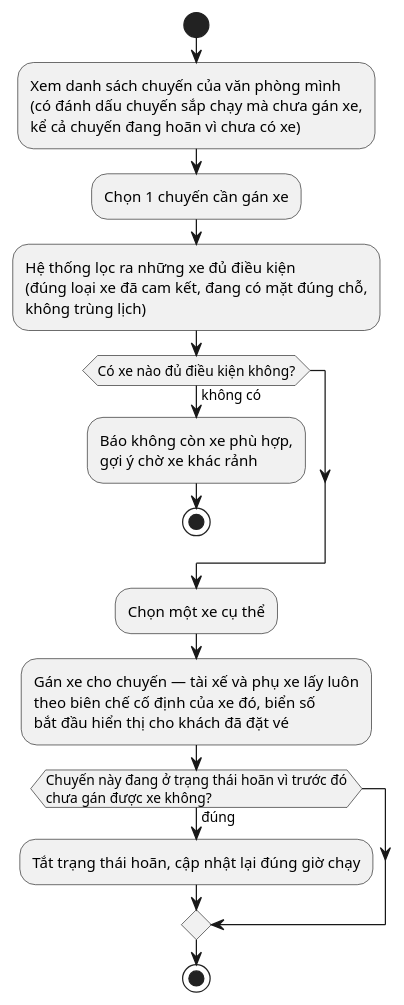
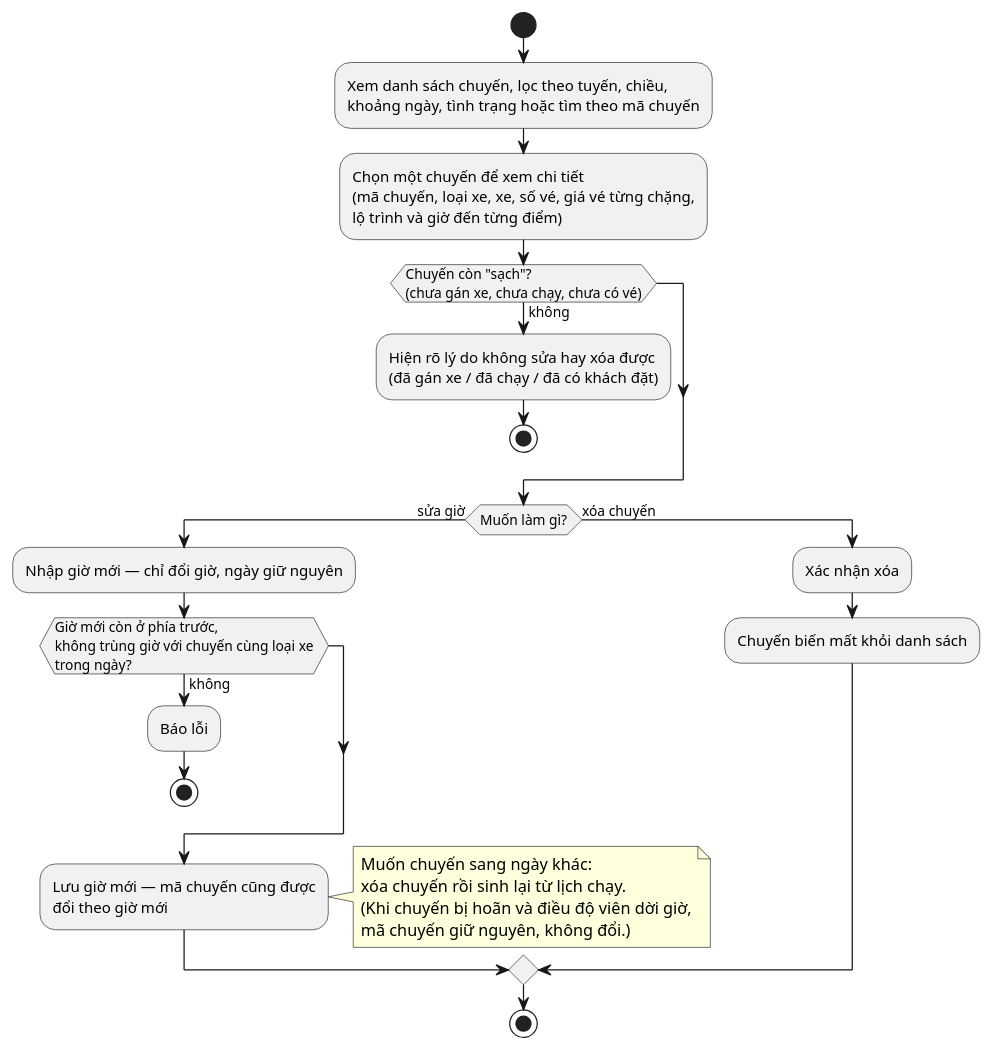
Before and after one commit to nguyenvietanhit19/Project1_HeThongQuanLyNhaXeKhachLienTinh: diagram 23 of 53 in UML_DIAGRAMS.md, drawn with PlantUML. The commit also changed other lines of this file and 316 other files, not shown here.

````diff
--- a/UML_DIAGRAMS.md
+++ b/UML_DIAGRAMS.md
@@ -660,18 +728,29 @@
 ```plantuml
-@startuml AD_UC44_GanXe
+@startuml AD_UC48_QuanLyChuyen
 start
-:Xem danh sách chuyến của văn phòng mình\n(có đánh dấu chuyến sắp chạy mà chưa gán xe,\nkể cả chuyến đang hoãn vì chưa có xe);
-:Chọn 1 chuyến cần gán xe;
-:Hệ thống lọc ra những xe đủ điều kiện\n(đúng loại xe đã cam kết, đang có mặt đúng chỗ,\nkhông trùng lịch);
-if (Có xe nào đủ điều kiện không?) then (không có)
-  :Báo không còn xe phù hợp,\ngợi ý chờ xe khác rảnh;
+:Xem danh sách chuyến, lọc theo tuyến, chiều,\nkhoảng ngày, tình trạng hoặc tìm theo mã chuyến;
+:Chọn một chuyến để xem chi tiết\n(mã chuyến, loại xe, xe, số vé, giá vé từng chặng,\nlộ trình và giờ đến từng điểm);
+if (Chuyến còn "sạch"?\n(chưa gán xe, chưa chạy, chưa có vé)) then (không)
+  :Hiện rõ lý do không sửa hay xóa được\n(đã gán xe / đã chạy / đã có khách đặt);
   stop
 endif
-:Chọn một xe cụ thể;
-:Gán xe cho chuyến — tài xế và phụ xe lấy luôn\ntheo biên chế cố định của xe đó, biển số\nbắt đầu hiển thị cho khách đã đặt vé;
-if (Chuyến này đang ở trạng thái hoãn vì trước đó\nchưa gán được xe không?) then (đúng)
-  :Tắt trạng thái hoãn, cập nhật lại đúng giờ chạy;
+if (Muốn làm gì?) then (sửa giờ)
+  :Nhập giờ mới — chỉ đổi giờ, ngày giữ nguyên;
+  if (Giờ mới còn ở phía trước,\nkhông trùng giờ với chuyến cùng loại xe\ntrong ngày?) then (không)
+    :Báo lỗi;
+    stop
+  endif
+  :Lưu giờ mới — mã chuyến cũng được\nđổi theo giờ mới;
+  note right
+    Muốn chuyến sang ngày khác:
+    xóa chuyến rồi sinh lại từ lịch chạy.
+    (Khi chuyến bị hoãn và điều độ viên dời giờ,
+    mã chuyến giữ nguyên, không đổi.)
+  end note
+else (xóa chuyến)
+  :Xác nhận xóa;
+  :Chuyến biến mất khỏi danh sách;
 endif
 stop
 @enduml
 ```
````
